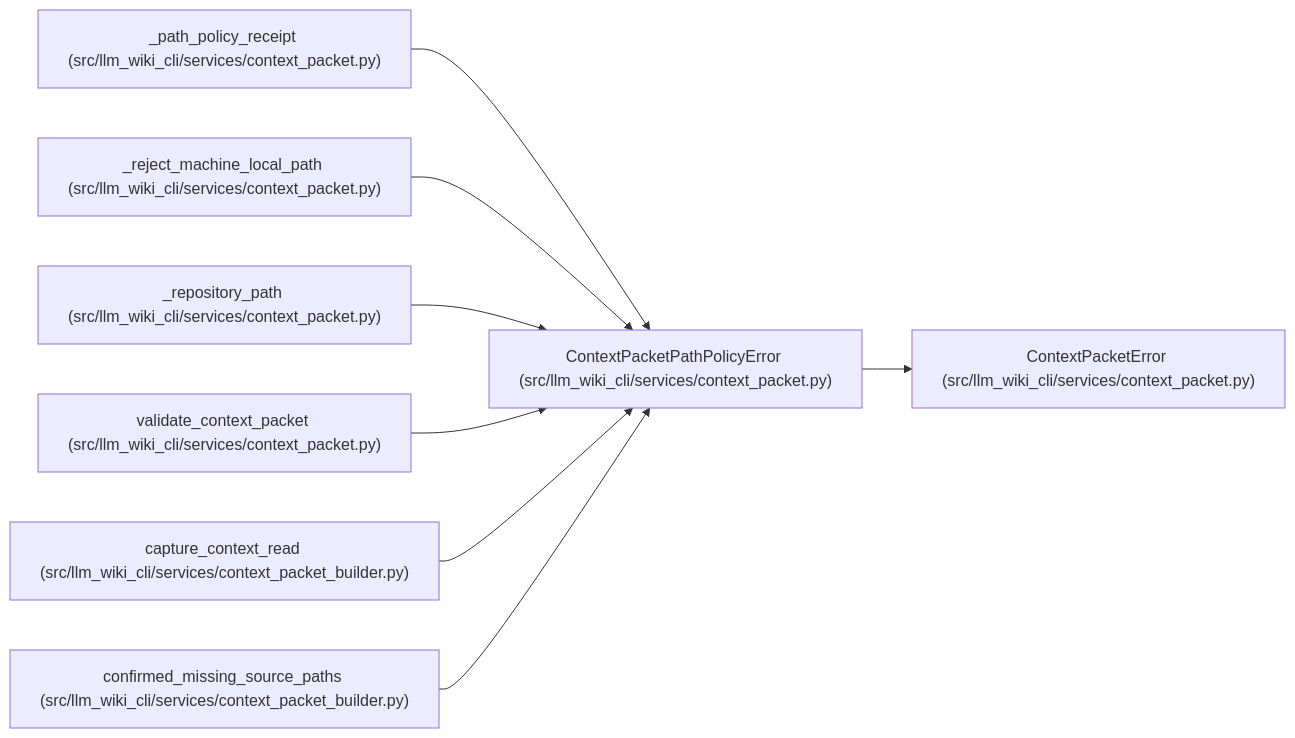
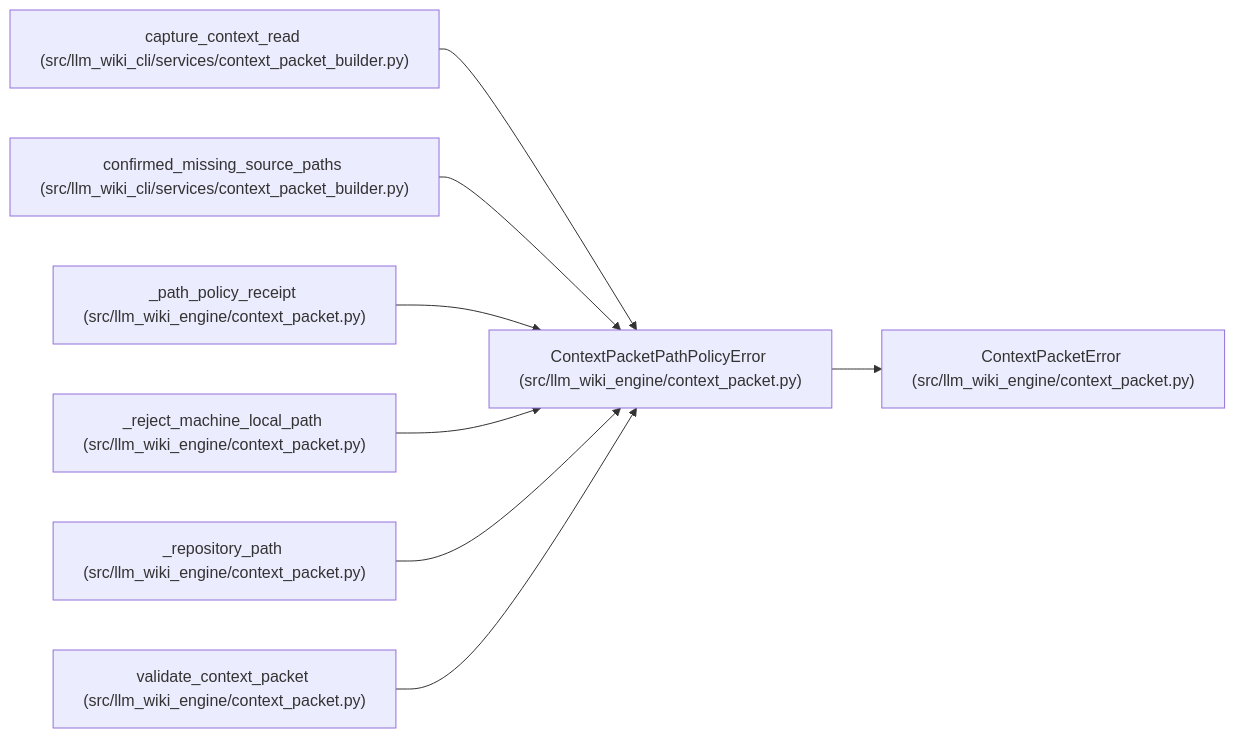
One commit to Denissvgn/python-wiki-llm changed the diagram in docs/llm_wiki/entities/ContextPacketPathPolicyError.md. Above: the diagram before and after it, drawn with Mermaid. The commit also changed other lines of this file and 577 other files, not shown here.

Commit message:
docs: refresh the wiki for the engine context packet

````diff
--- a/docs/llm_wiki/entities/ContextPacketPathPolicyError.md
+++ b/docs/llm_wiki/entities/ContextPacketPathPolicyError.md
@@ -25,26 +25,26 @@
 ```mermaid
 flowchart LR
-    n0["ContextPacketPathPolicyError (src/llm_wiki_cli/services/context_packet.py)"]
-    n1["ContextPacketError (src/llm_wiki_cli/services/context_packet.py)"]
-    n2["_path_policy_receipt (src/llm_wiki_cli/services/context_packet.py)"]
-    n3["_reject_machine_local_path (src/llm_wiki_cli/services/context_packet.py)"]
-    n4["_repository_path (src/llm_wiki_cli/services/context_packet.py)"]
-    n5["validate_context_packet (src/llm_wiki_cli/services/context_packet.py)"]
-    n6["capture_context_read (src/llm_wiki_cli/services/context_packet_builder.py)"]
-    n7["confirmed_missing_source_paths (src/llm_wiki_cli/services/context_packet_builder.py)"]
+    n0["ContextPacketPathPolicyError (src/llm_wiki_engine/context_packet.py)"]
+    n1["ContextPacketError (src/llm_wiki_engine/context_packet.py)"]
+    n2["capture_context_read (src/llm_wiki_cli/services/context_packet_builder.py)"]
+    n3["confirmed_missing_source_paths (src/llm_wiki_cli/services/context_packet_builder.py)"]
+    n4["_path_policy_receipt (src/llm_wiki_engine/context_packet.py)"]
+    n5["_reject_machine_local_path (src/llm_wiki_engine/context_packet.py)"]
+    n6["_repository_path (src/llm_wiki_engine/context_packet.py)"]
+    n7["validate_context_packet (src/llm_wiki_engine/context_packet.py)"]
     n0 --> n1
     n2 --> n0
     n3 --> n0
     n4 --> n0
     n5 --> n0
     n6 --> n0
     n7 --> n0
     click n0 "../modules/context_packet.md"
     click n1 "../modules/context_packet.md"
-    click n2 "../modules/context_packet.md"
-    click n3 "../modules/context_packet.md"
+    click n2 "../modules/context_packet_builder.md"
+    click n3 "../modules/context_packet_builder.md"
     click n4 "../modules/context_packet.md"
     click n5 "../modules/context_packet.md"
-    click n6 "../modules/context_packet_builder.md"
-    click n7 "../modules/context_packet_builder.md"
+    click n6 "../modules/context_packet.md"
+    click n7 "../modules/context_packet.md"
 ```
````
